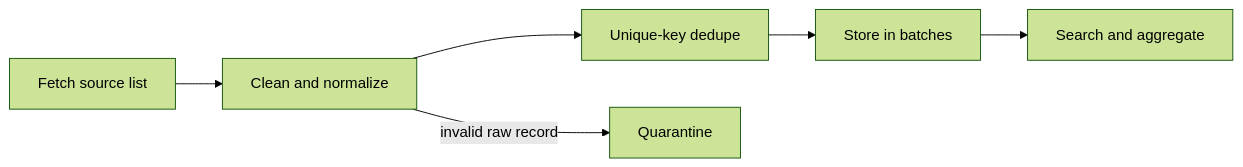
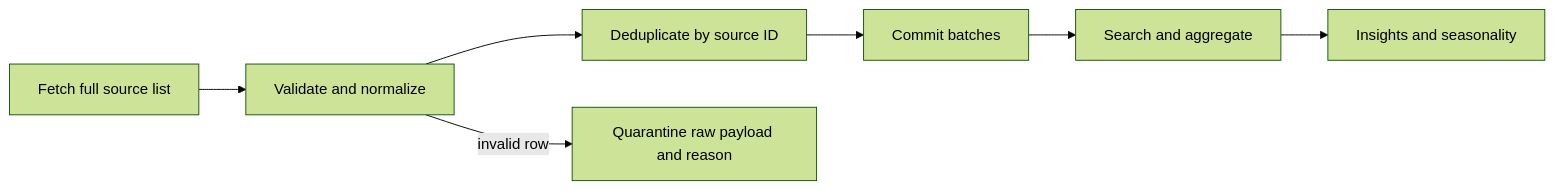
The second of 2 diagrams in README.md (Silloh23/Elanco-Backend), drawn with Mermaid (forest theme) before and after one commit. The commit also changed other lines of this file and 15 other files, not shown here.

````diff
--- a/README.md
+++ b/README.md
@@ -49,8 +60,9 @@
 ```mermaid
 flowchart LR
-  F[Fetch source list] --> CL[Clean and normalize]
-  CL --> D[Unique-key dedupe]
-  D --> ST[Store in batches]
-  CL -->|invalid raw record| Q[Quarantine]
-  ST --> SV[Search and aggregate]
+  F[Fetch full source list] --> V[Validate and normalize]
+  V --> D[Deduplicate by source ID]
+  D --> B[Commit batches]
+  V -->|invalid row| Q[Quarantine raw payload and reason]
+  B --> A[Search and aggregate]
+  A --> I[Insights and seasonality]
 ```
````
